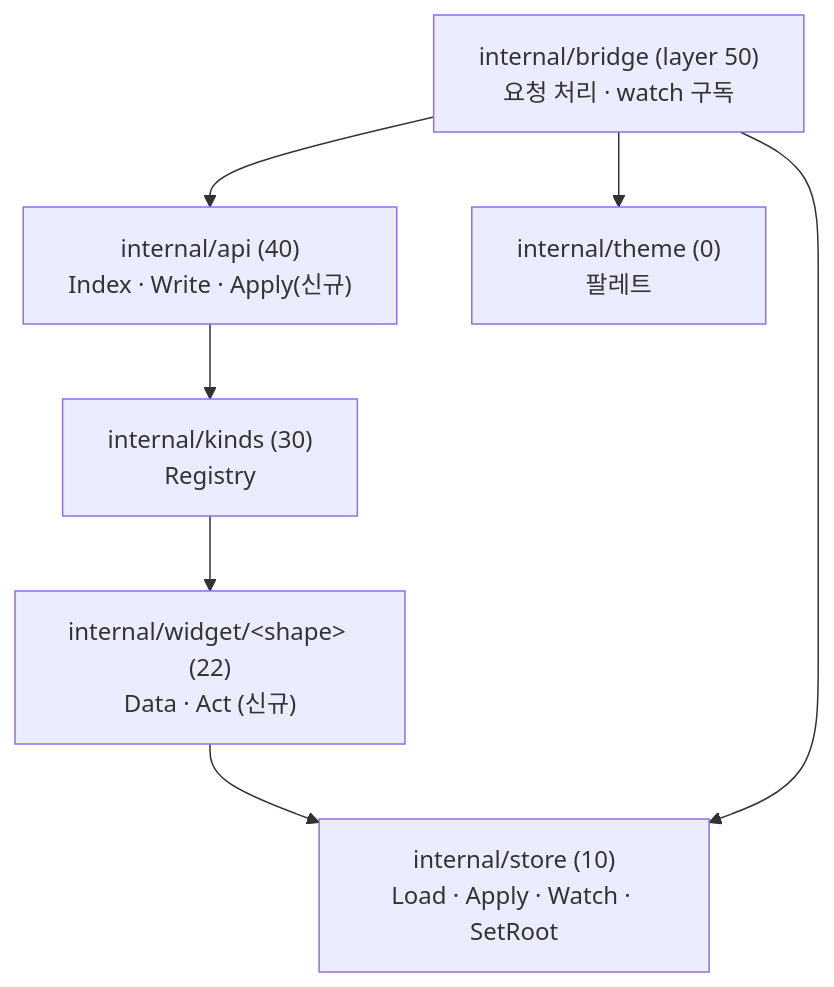
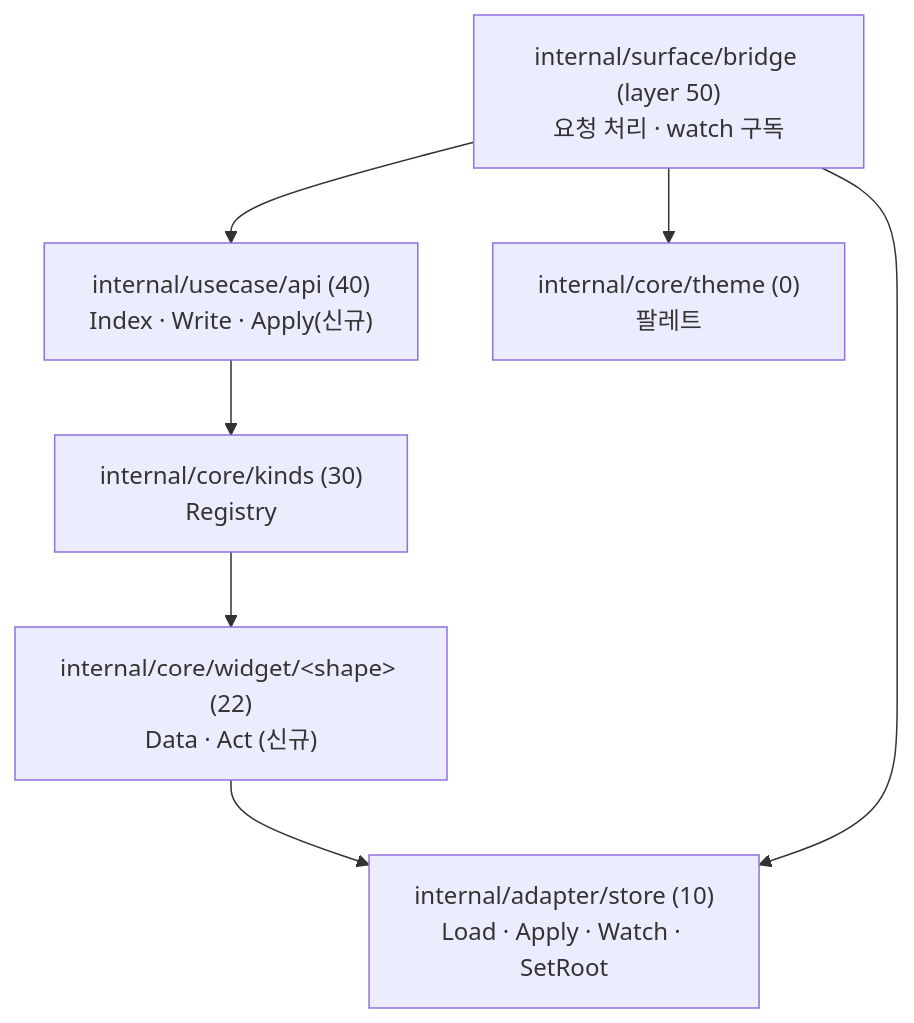
Before and after one commit to LeeSwallow/stickypane: the third of 7 diagrams in docs/overlay/02-system-architecture.md, drawn with Mermaid. The commit also changed other lines of this file and 558 other files, not shown here.

First line of the commit message:
chore: internal/ laid out by layer — core, adapter, usecase, surface (#50) (#54)

````diff
--- a/docs/overlay/02-system-architecture.md
+++ b/docs/overlay/02-system-architecture.md
@@ -69,12 +69,12 @@
 ```mermaid
 flowchart TB
-  bridge["internal/bridge (layer 50)<br/>요청 처리 · watch 구독"]
-  api["internal/api (40)<br/>Index · Write · Apply(신규)"]
-  kinds["internal/kinds (30)<br/>Registry"]
-  w["internal/widget/&lt;shape&gt; (22)<br/>Data · Act (신규)"]
-  store["internal/store (10)<br/>Load · Apply · Watch · SetRoot"]
-  theme["internal/theme (0)<br/>팔레트"]
+  bridge["internal/surface/bridge (layer 50)<br/>요청 처리 · watch 구독"]
+  api["internal/usecase/api (40)<br/>Index · Write · Apply(신규)"]
+  kinds["internal/core/kinds (30)<br/>Registry"]
+  w["internal/core/widget/&lt;shape&gt; (22)<br/>Data · Act (신규)"]
+  store["internal/adapter/store (10)<br/>Load · Apply · Watch · SetRoot"]
+  theme["internal/core/theme (0)<br/>팔레트"]
   bridge --> api --> kinds --> w --> store
   bridge --> store
   bridge --> theme
 ```
````
